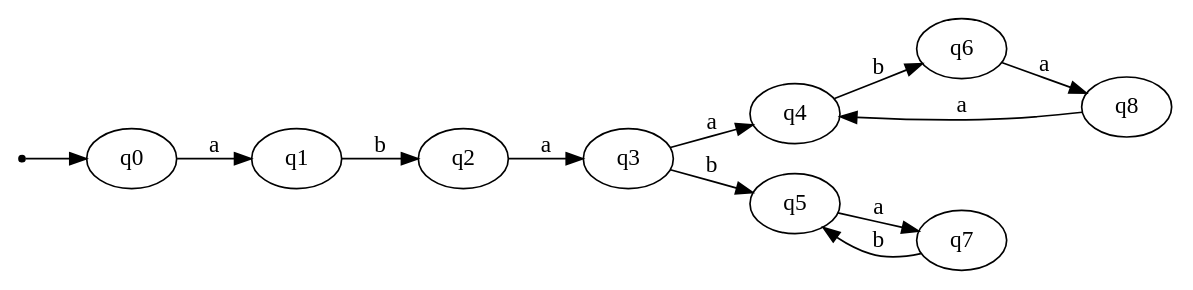
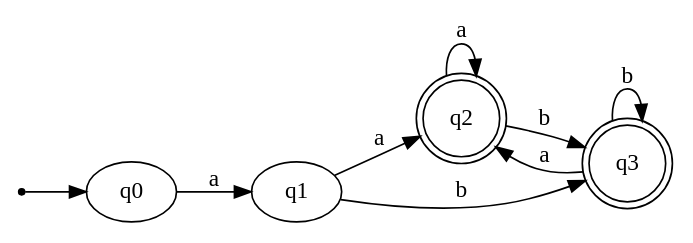
One commit to eabalestra/nondeterministic-finite-automaton changed the diagram in example-automatons/automata_dfa.dot. Above: the diagram before and after it, drawn with Graphviz. The commit also changed 6 other files, not shown here.

```diff
--- a/example-automatons/automata_dfa.dot
+++ b/example-automatons/automata_dfa.dot
@@ -1,34 +1,25 @@
 digraph{
     rankdir=LR;
     inic[shape=point];
 
     inic->q0;
 
     q0->q1 [label="a"];
-    q1->q2 [label="b"];
-    q2->q3 [label="a"];
-    q3->q4 [label="a"];
-    q3->q5 [label="b"];
-    q4->q6 [label="b"];
-    q5->q7 [label="a"];
-    q6->q8 [label="a"];
-    q7->q5 [label="b"];
-    q8->q4 [label="a"];
+    q1->q2 [label="a"];
+    q1->q3 [label="b"];
+    q2->q2 [label="a"];
+    q2->q3 [label="b"];
+
+    q2[shape=doublecircle]
+    q3->q2 [label="a"];
+    q3->q3 [label="b"];
+
+    q3[shape=doublecircle]
 }
-//State q0: {0, 1, 4}
+//State q0: {0}
 
-//State q1: {2, 5}
+//State q1: {1, 2}
 
-//State q2: {3, 6}
+//State q2: {1, 4, 3}
 
-//State q3: {2, 7}
-
-//State q4: {5}
-
-//State q5: {3}
-
-//State q6: {6}
-
-//State q7: {2}
-
-//State q8: {7}
+//State q3: {1, 3}
```
